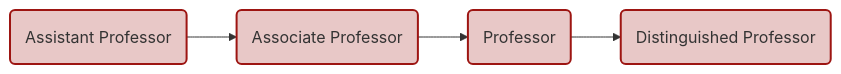
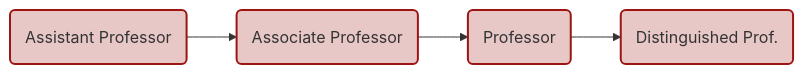
One commit to paytonrodman/paytonrodman.github.io changed the second of 3 diagrams in content/resource/grad-FAQ/before/research.md. Above: the diagram before and after it, drawn with Mermaid.

````diff
--- a/content/resource/grad-FAQ/before/research.md
+++ b/content/resource/grad-FAQ/before/research.md
@@ -113,8 +113,8 @@
 ```mermaid
 graph LR;
   A(Assistant Professor)-->B(Associate Professor);
   B(Associate Professor)-->C(Professor);
-  C(Professor)-->D(Distinguished Professor);
+  C(Professor)-->D(Distinguished Prof.);
   classDef website fill:#e8c8c7,stroke:#9d1512,stroke-width:2px
   class A,B,C,D website
 ```
````
